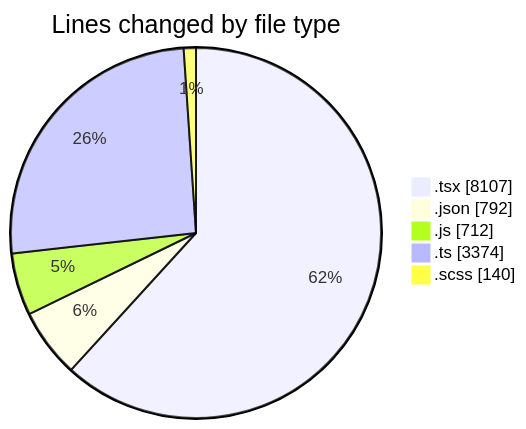
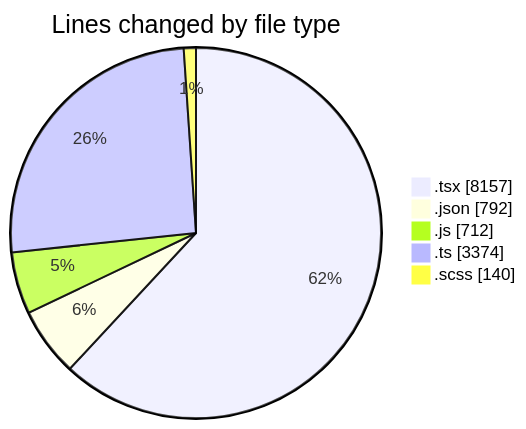
Before and after one commit to momahboobian/code-tracking: the first of 2 diagrams in 2026-08-07/cda/README.md, drawn with Mermaid. The commit also changed other lines of this file and 1 other file, not shown here.

````diff
--- a/2026-08-07/cda/README.md
+++ b/2026-08-07/cda/README.md
@@ -36,9 +36,9 @@
 ```mermaid
 pie showData
 title Lines changed by file type
-".tsx" : 8107
+".tsx" : 8157
 ".json" : 792
 ".js" : 712
 ".ts" : 3374
 ".scss" : 140
 ```
````
